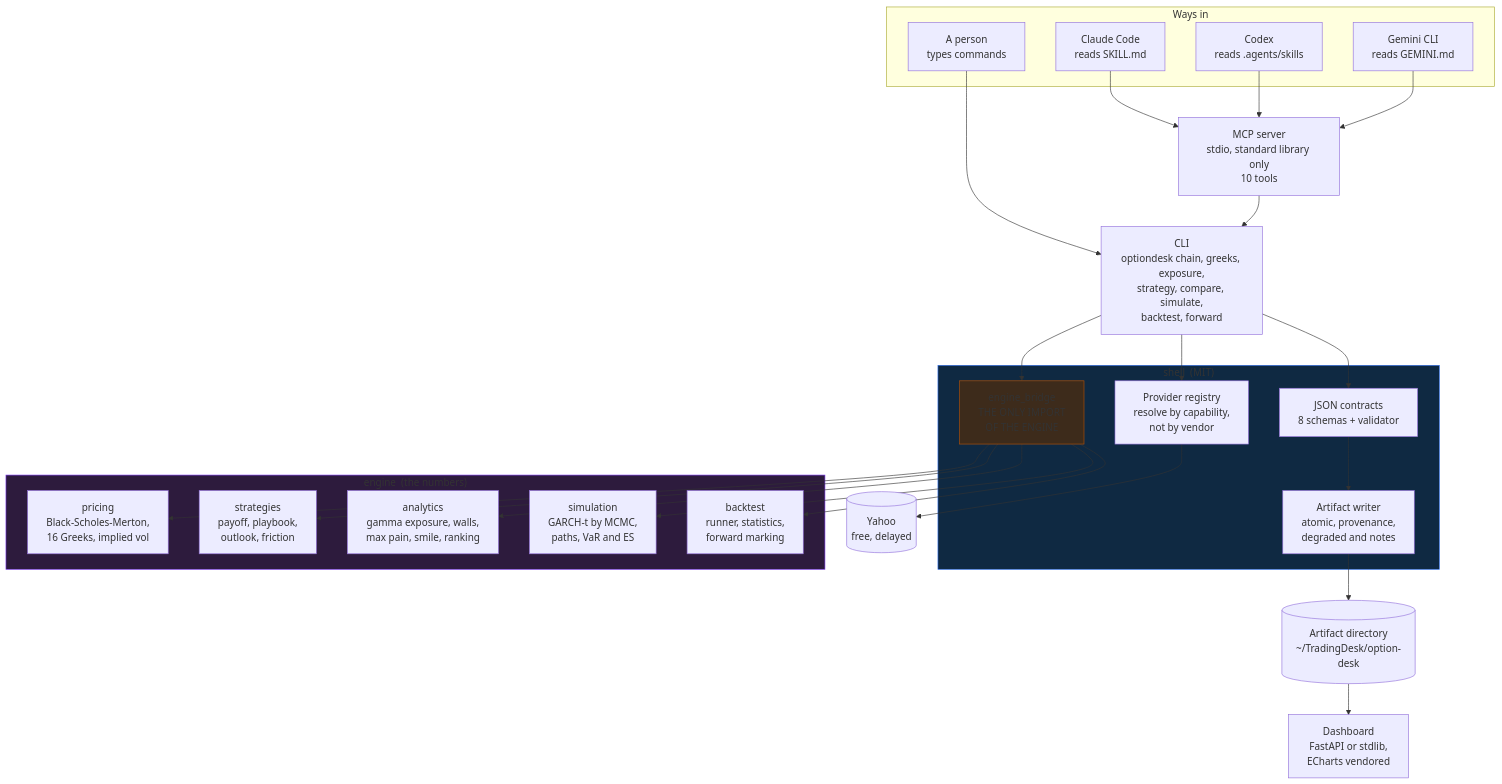
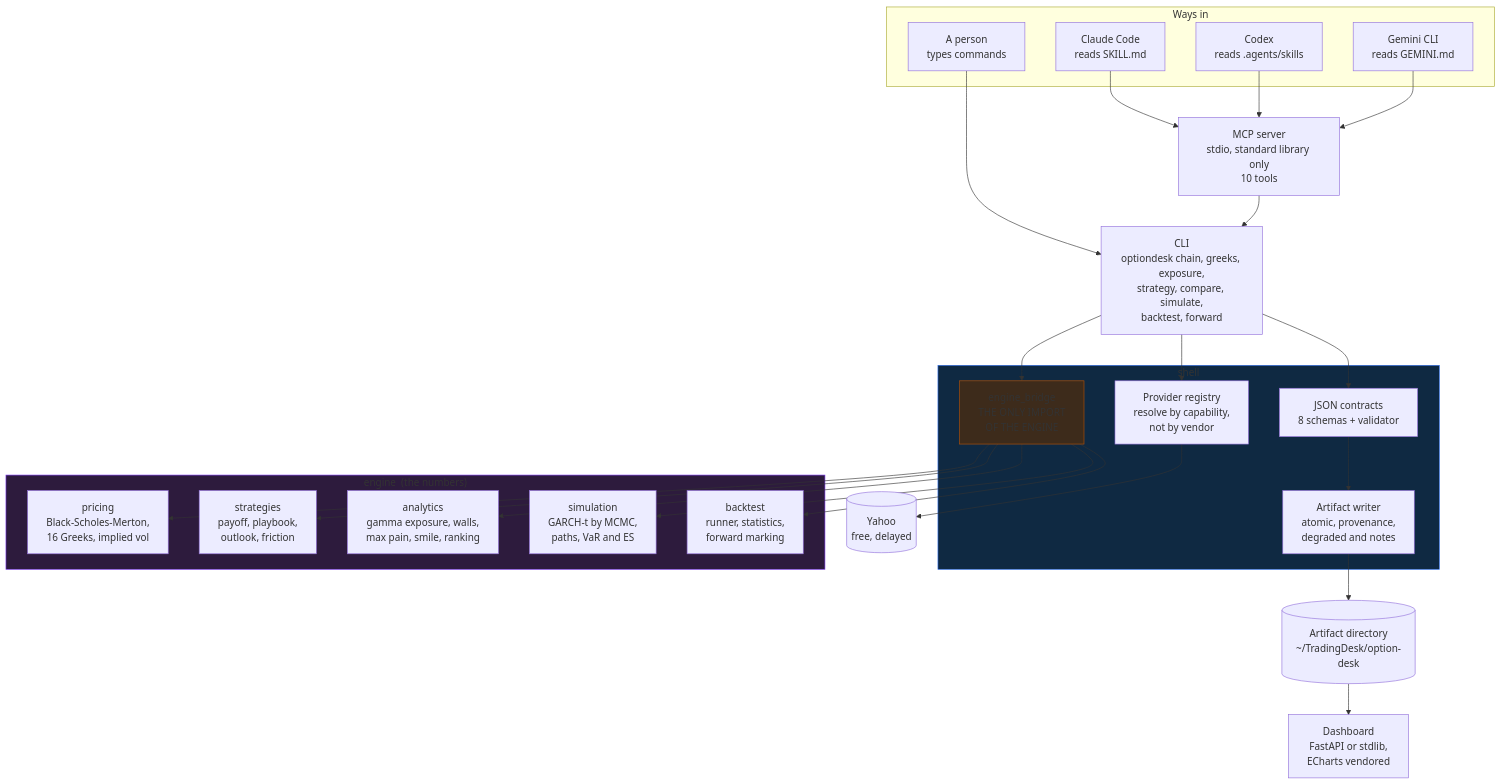
Before and after one commit to Iman/agent-driven-options-desk-and-skills: the first of 7 diagrams in README.md, drawn with Mermaid. The commit also changed other lines of this file and 30 other files, not shown here.

````diff
--- a/README.md
+++ b/README.md
@@ -224,53 +224,53 @@
 ```mermaid
 flowchart TB
     subgraph clients["Ways in"]
         claude["Claude Code<br/>reads SKILL.md"]
         codex["Codex<br/>reads .agents/skills"]
         gemini["Gemini CLI<br/>reads GEMINI.md"]
         human["A person<br/>types commands"]
     end
 
     mcp["MCP server<br/>stdio, standard library only<br/>10 tools"]
     cli["CLI<br/>optiondesk chain, greeks, exposure,<br/>strategy, compare, simulate,<br/>backtest, forward"]
 
-    subgraph shell["shell &nbsp;(MIT)"]
+    subgraph shell["shell"]
         providers["Provider registry<br/>resolve by capability,<br/>not by vendor"]
         contracts["JSON contracts<br/>8 schemas + validator"]
         artifacts["Artifact writer<br/>atomic, provenance,<br/>degraded and notes"]
         bridge["engine_bridge<br/>THE ONLY IMPORT<br/>OF THE ENGINE"]
     end
 
     subgraph engine["engine &nbsp;(the numbers)"]
         pricing["pricing<br/>Black-Scholes-Merton,<br/>16 Greeks, implied vol"]
         strategies["strategies<br/>payoff, playbook,<br/>outlook, friction"]
         analytics["analytics<br/>gamma exposure, walls,<br/>max pain, smile, ranking"]
         simulation["simulation<br/>GARCH-t by MCMC,<br/>paths, VaR and ES"]
         backtest["backtest<br/>runner, statistics,<br/>forward marking"]
     end
 
     yahoo[("Yahoo<br/>free, delayed")]
     disk[("Artifact directory<br/>~/TradingDesk/option-desk")]
     dash["Dashboard<br/>FastAPI or stdlib,<br/>ECharts vendored"]
 
     claude --> mcp
     codex --> mcp
     gemini --> mcp
     human --> cli
     mcp --> cli
     cli --> providers
     cli --> bridge
     providers --> yahoo
     bridge --> pricing
     bridge --> strategies
     bridge --> analytics
     bridge --> simulation
     bridge --> backtest
     cli --> contracts
     contracts --> artifacts
     artifacts --> disk
     disk --> dash
 
     style engine fill:#2d1b3d,stroke:#7c3aed
     style shell fill:#0f2942,stroke:#2f6feb
     style bridge fill:#3d2b1b,stroke:#b45309
 ```
````
